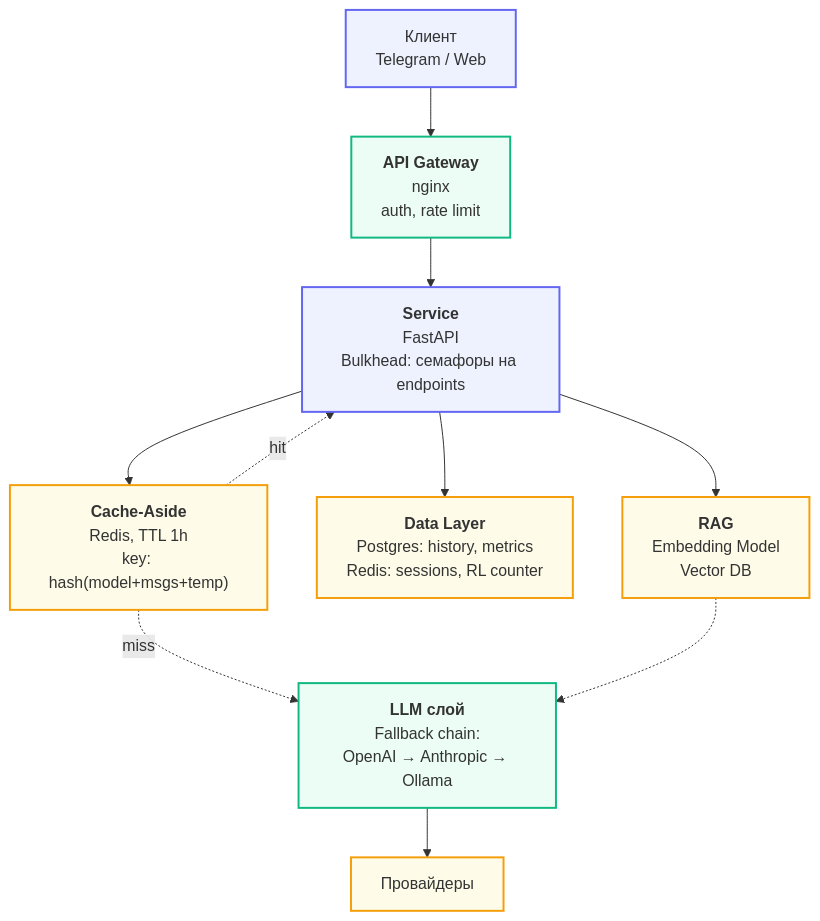
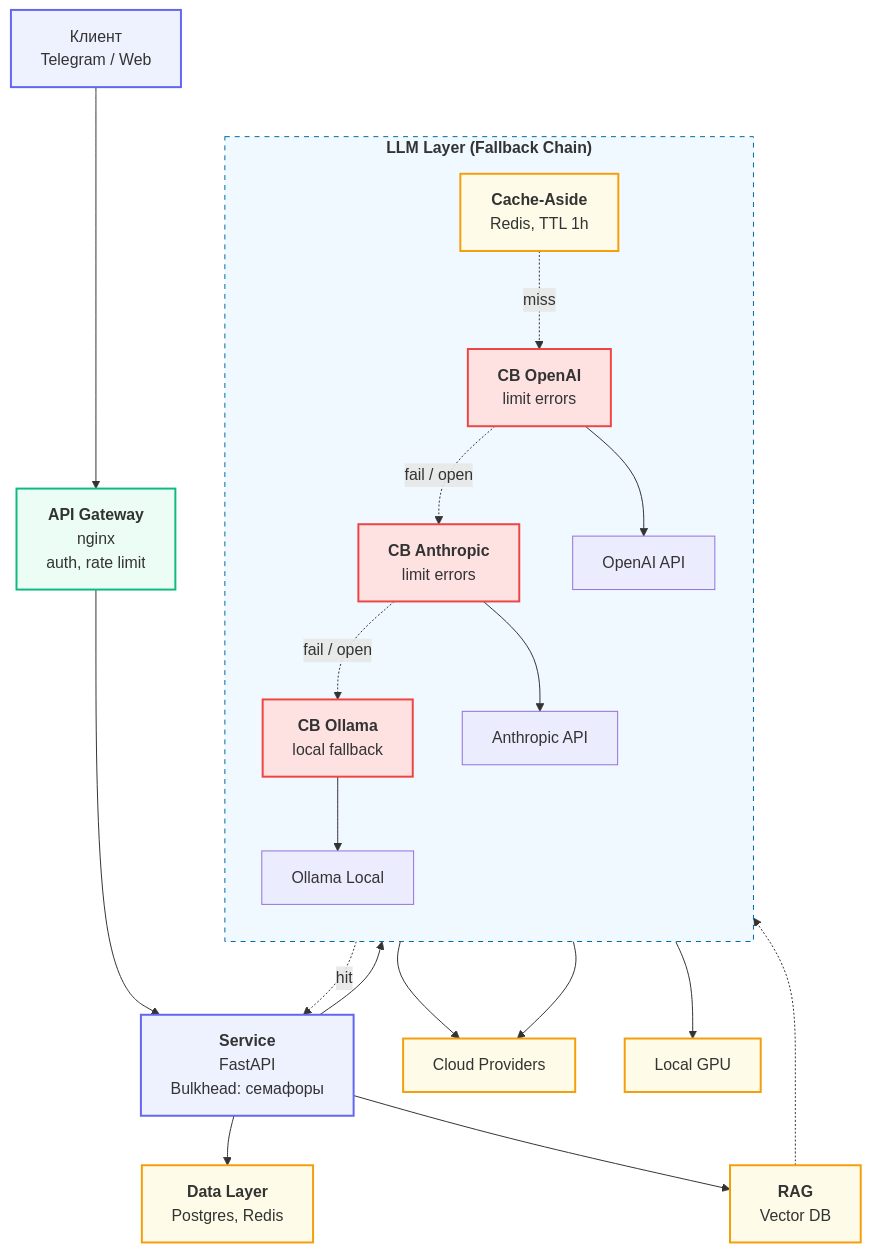
The diagram in docs/architecture.md (starostina-aleks/netology_project_ii), drawn with Mermaid before and after one commit. The commit also changed other lines of this file, not shown here.

````diff
--- a/docs/architecture.md
+++ b/docs/architecture.md
@@ -2,22 +2,44 @@
 ```mermaid
 graph TD
     USER["Клиент<br/>Telegram / Web"] --> GW["<b>API Gateway</b><br/>nginx<br/>auth, rate limit"]
-    GW --> SVC["<b>Service</b><br/>FastAPI<br/>Bulkhead: семафоры на endpoints"]
-    SVC --> CACHE["<b>Cache-Aside</b><br/>Redis, TTL 1h<br/>key: hash(model+msgs+temp)"]
-    CACHE -.->|"miss"| LLM["<b>LLM слой</b><br/>Fallback chain:<br/>OpenAI → Anthropic → Ollama"]
+    GW --> SVC["<b>Service</b><br/>FastAPI<br/>Bulkhead: семафоры"]
+    
+    SVC --> CACHE["<b>Cache-Aside</b><br/>Redis, TTL 1h"]
     CACHE -.->|"hit"| SVC
-    LLM --> EXT["Провайдеры"]
-    SVC --> DATA["<b>Data Layer</b><br/>Postgres: history, metrics<br/>Redis: sessions, RL counter"]
-    SVC --> RAG["<b>RAG</b><br/>Embedding Model<br/>Vector DB"]
-    RAG -.-> LLM
+    
+    subgraph LLM_LAYER ["<b>LLM Layer (Fallback Chain)</b>"]
+        direction TB
+        CACHE -.->|"miss"| CB_OAI["<b>CB OpenAI</b><br/>limit errors"]
+        CB_OAI -.->|"fail / open"| CB_ANT["<b>CB Anthropic</b><br/>limit errors"]
+        CB_ANT -.->|"fail / open"| CB_OLL["<b>CB Ollama</b><br/>local fallback"]
+        
+        CB_OAI --> OAI["OpenAI API"]
+        CB_ANT --> ANT["Anthropic API"]
+        CB_OLL --> OLL["Ollama Local"]
+    end
+
+    OAI --> EXT["Cloud Providers"]
+    ANT --> EXT
+    OLL --> GPU["Local GPU"]
+
+    SVC --> DATA["<b>Data Layer</b><br/>Postgres, Redis"]
+    SVC --> RAG["<b>RAG</b><br/>Vector DB"]
+    RAG -.-> LLM_LAYER
 
 
     style USER fill:#eef2ff,stroke:#6366f1,stroke-width:2px
     style GW fill:#ecfdf5,stroke:#10b981,stroke-width:2px
     style SVC fill:#eef2ff,stroke:#6366f1,stroke-width:2px
     style CACHE fill:#fefce8,stroke:#f59e0b,stroke-width:2px
-    style LLM fill:#ecfdf5,stroke:#10b981,stroke-width:2px
+    style LLM_LAYER fill:#f0f9ff,stroke:#0369a1,stroke-dasharray: 5 5
+    
+    %% Стили для CB
+    style CB_OAI fill:#fee2e2,stroke:#ef4444,stroke-width:2px
+    style CB_ANT fill:#fee2e2,stroke:#ef4444,stroke-width:2px
+    style CB_OLL fill:#fee2e2,stroke:#ef4444,stroke-width:2px
+    
     style DATA fill:#fefce8,stroke:#f59e0b,stroke-width:2px
     style RAG fill:#fefce8,stroke:#f59e0b,stroke-width:2px
     style EXT fill:#fefce8,stroke:#f59e0b,stroke-width:2px
+    style GPU fill:#fefce8,stroke:#f59e0b,stroke-width:2px
 ```
````
